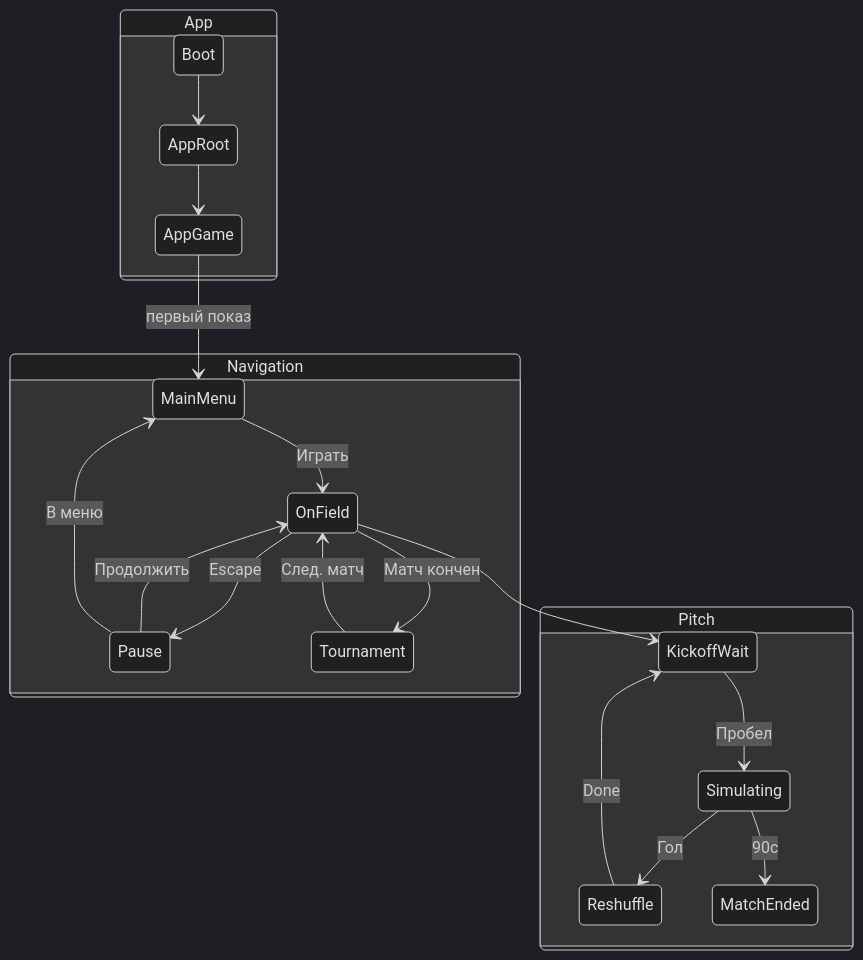
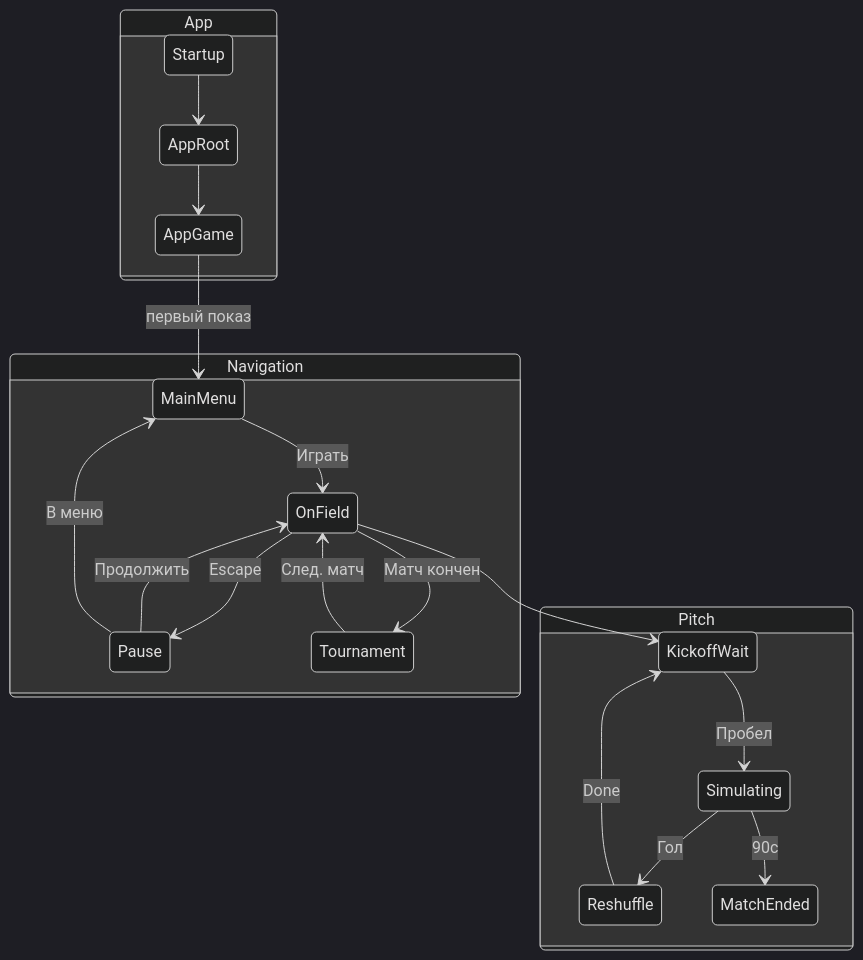
Before and after one commit to DeployChef/Futboloid: the diagram in Wiki/FutboloidWiki/Архитектура/Индекс архитектуры.md, drawn with Mermaid (dark theme). The commit also changed other lines of this file and 102 other files, not shown here.

````diff
--- a/Wiki/FutboloidWiki/Архитектура/Индекс архитектуры.md
+++ b/Wiki/FutboloidWiki/Архитектура/Индекс архитектуры.md
@@ -56,26 +56,26 @@
 ```mermaid
 stateDiagram-v2
     state "App" as app {
-        Boot --> AppRoot
+        Startup --> AppRoot
         AppRoot --> AppGame
     }
 
     state "Navigation" as nav {
         MainMenu --> OnField: Играть
         OnField --> Pause: Escape
         Pause --> OnField: Продолжить
         OnField --> Tournament: Матч кончен
         Tournament --> OnField: След. матч
         Pause --> MainMenu: В меню
     }
 
     state "Pitch" as pitch {
         KickoffWait --> Simulating: Пробел
         Simulating --> Reshuffle: Гол
         Reshuffle --> KickoffWait: Done
         Simulating --> MatchEnded: 90с
     }
 
     AppGame --> MainMenu: первый показ
     OnField --> KickoffWait
 ```
````
